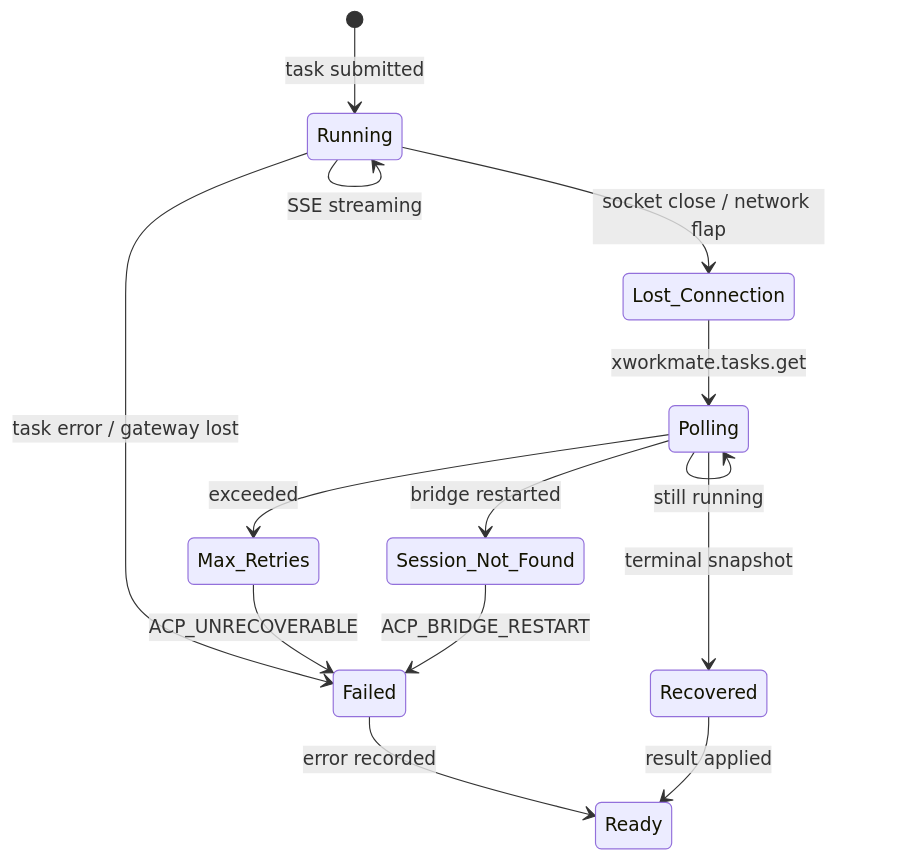
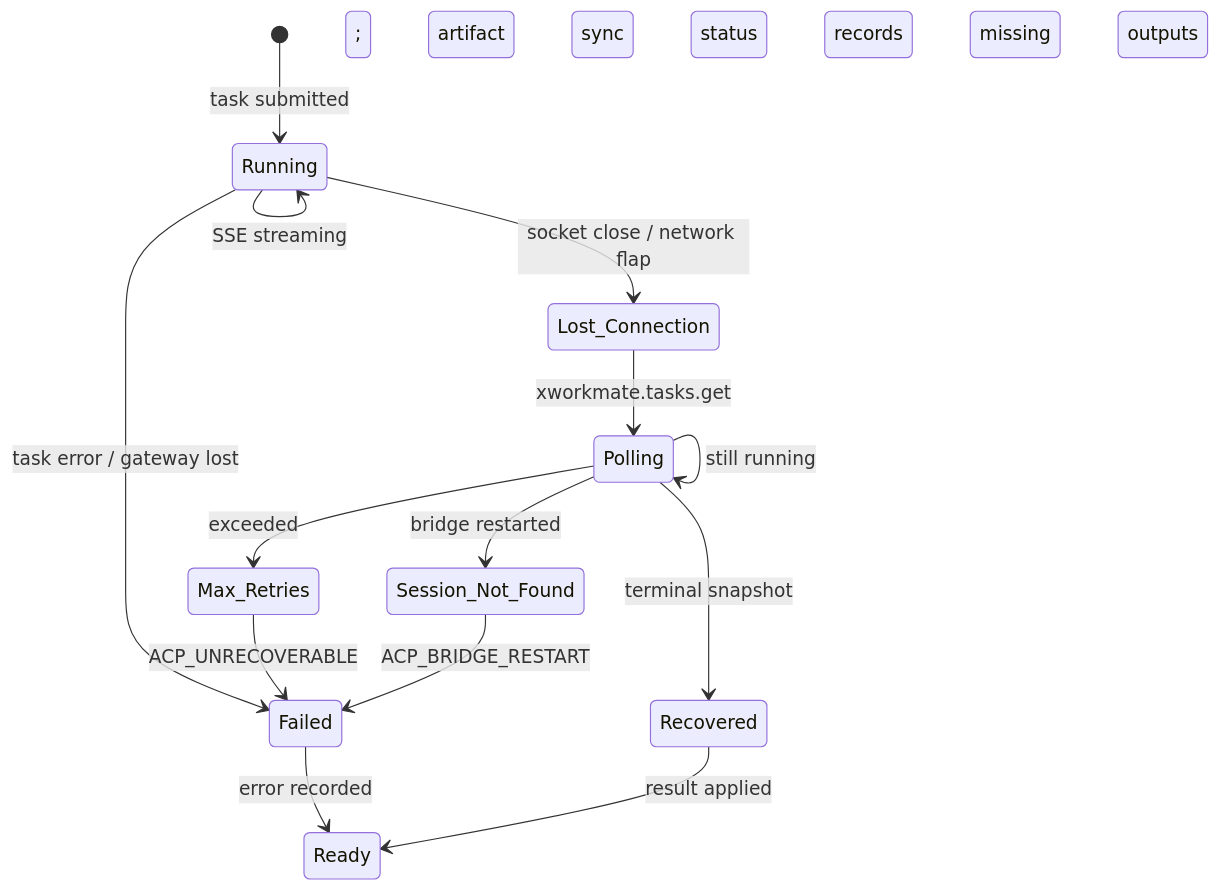
The diagram in docs/architecture/chain-map-session-recovery.md (ai-workspace-lab/xworkmate-app), drawn with Mermaid before and after one commit. The commit also changed other lines of this file and 8 other files, not shown here.

````diff
--- a/docs/architecture/chain-map-session-recovery.md
+++ b/docs/architecture/chain-map-session-recovery.md
@@ -119,19 +119,19 @@
 ```mermaid
 stateDiagram-v2
   [*] --> Running: task submitted
   Running --> Running: SSE streaming
   Running --> Lost_Connection: socket close / network flap
 
   Lost_Connection --> Polling: xworkmate.tasks.get
   Polling --> Recovered: terminal snapshot
   Polling --> Polling: still running
   Polling --> Session_Not_Found: bridge restarted
   Polling --> Max_Retries: exceeded
 
-  Recovered --> Ready: result applied
+  Recovered --> Ready: result applied; artifact sync status records missing outputs
   Session_Not_Found --> Failed: ACP_BRIDGE_RESTART
   Max_Retries --> Failed: ACP_UNRECOVERABLE
 
   Running --> Failed: task error / gateway lost
   Failed --> Ready: error recorded
 ```
````
